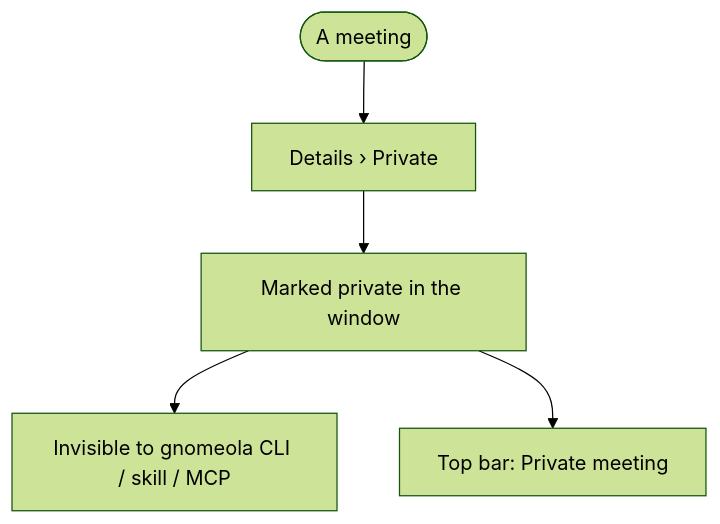
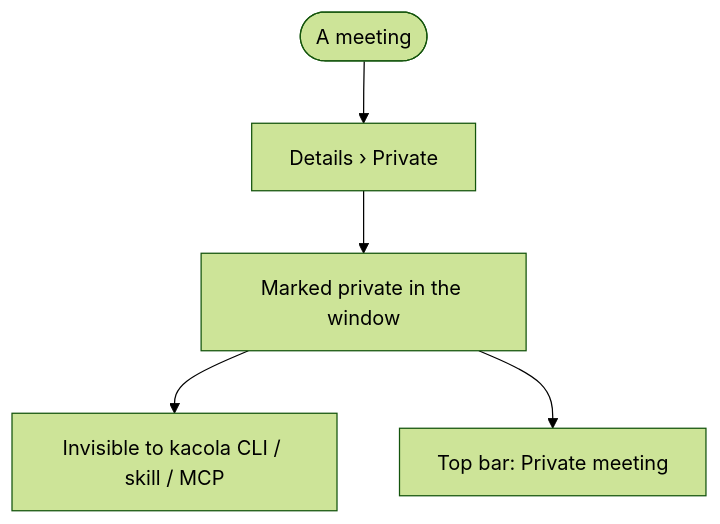
Diagram 14 of 44 in docs/user-stories.md (Kacper-Lubisz/kacola), drawn with Mermaid (forest theme) before and after one commit. The commit also changed other lines of this file and 676 other files, not shown here.

First line of the commit message:
Rename gnomeola to kacola: packages, commands, ids, env vars, paths and text

````diff
--- a/docs/user-stories.md
+++ b/docs/user-stories.md
@@ -460,10 +460,10 @@
 ```mermaid
 flowchart TD
   A([A meeting]) --> B[Details › Private]
   B --> C[Marked private in the window]
-  C --> D[Invisible to gnomeola CLI / skill / MCP]
+  C --> D[Invisible to kacola CLI / skill / MCP]
   C --> E[Top bar: Private meeting]
   %% shot: B = private-session__details__switch
   %% shot: C = private-session__view__private
   %% shot: E = private-session__topbar__private-meeting
 ```
````
